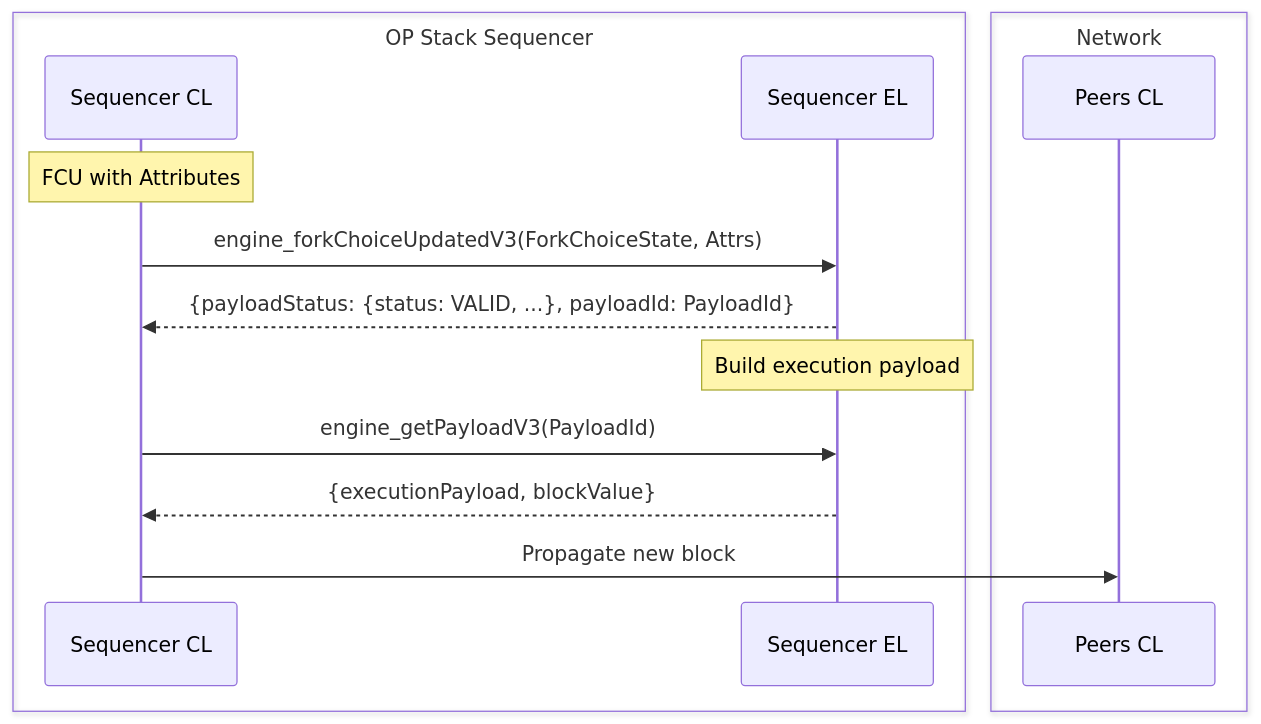
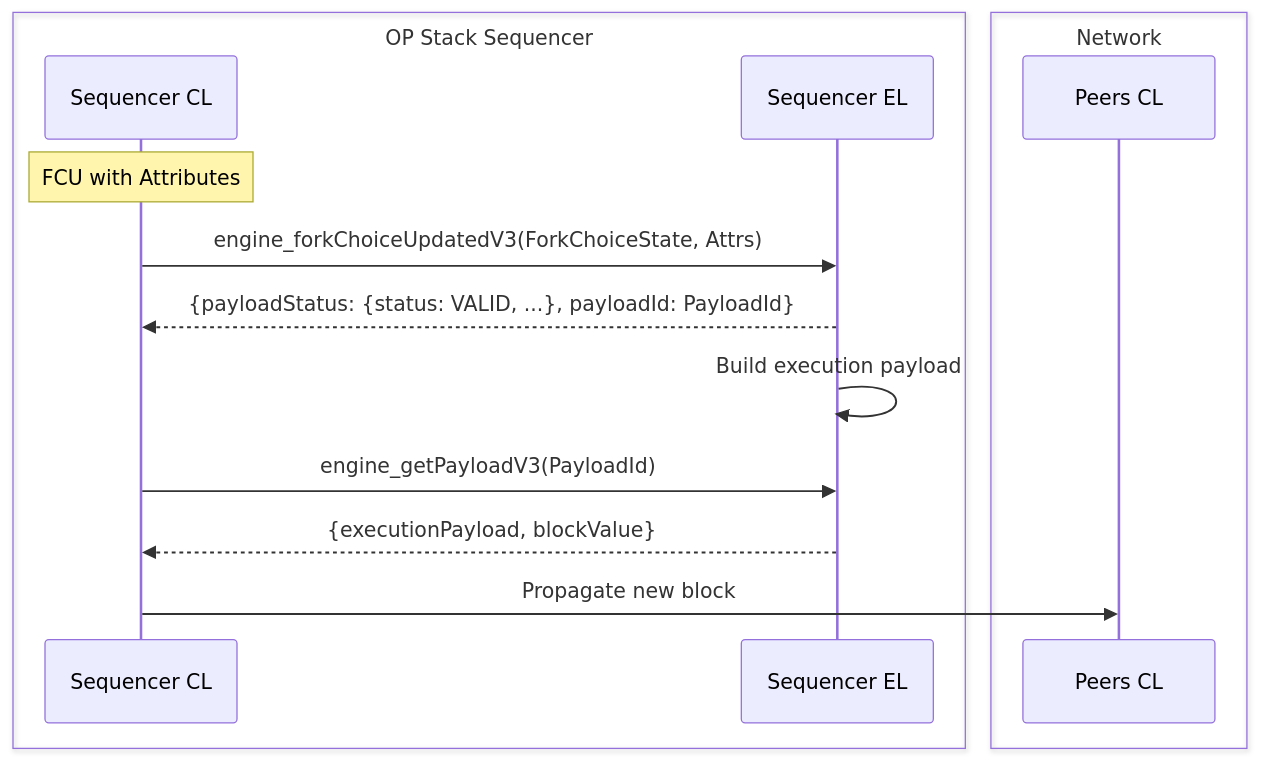
Before and after one commit to worldcoin/world-chain: the first of 2 diagrams in specs/pbh/architecture.md, drawn with Mermaid.

Commit message:
update block production on op stack sequence diagram

````diff
--- a/specs/pbh/architecture.md
+++ b/specs/pbh/architecture.md
@@ -9,20 +9,20 @@
 ```mermaid
 sequenceDiagram
     box OP Stack Sequencer
         participant sequencer-cl as Sequencer CL
         participant sequencer-el as Sequencer EL
     end
     box Network
         participant peers-cl as Peers CL
     end
 
     Note over sequencer-cl: FCU with Attributes
     sequencer-cl->>sequencer-el: engine_forkChoiceUpdatedV3(ForkChoiceState, Attrs)
     sequencer-el-->>sequencer-cl: {payloadStatus: {status: VALID, ...}, payloadId: PayloadId}
-    Note over sequencer-el: Build execution payload
+    sequencer-el->>sequencer-el: Build execution payload
     sequencer-cl->>sequencer-el: engine_getPayloadV3(PayloadId)
     sequencer-el-->>sequencer-cl: {executionPayload, blockValue}
     sequencer-cl->>peers-cl: Propagate new block
 
 
 ```
````
